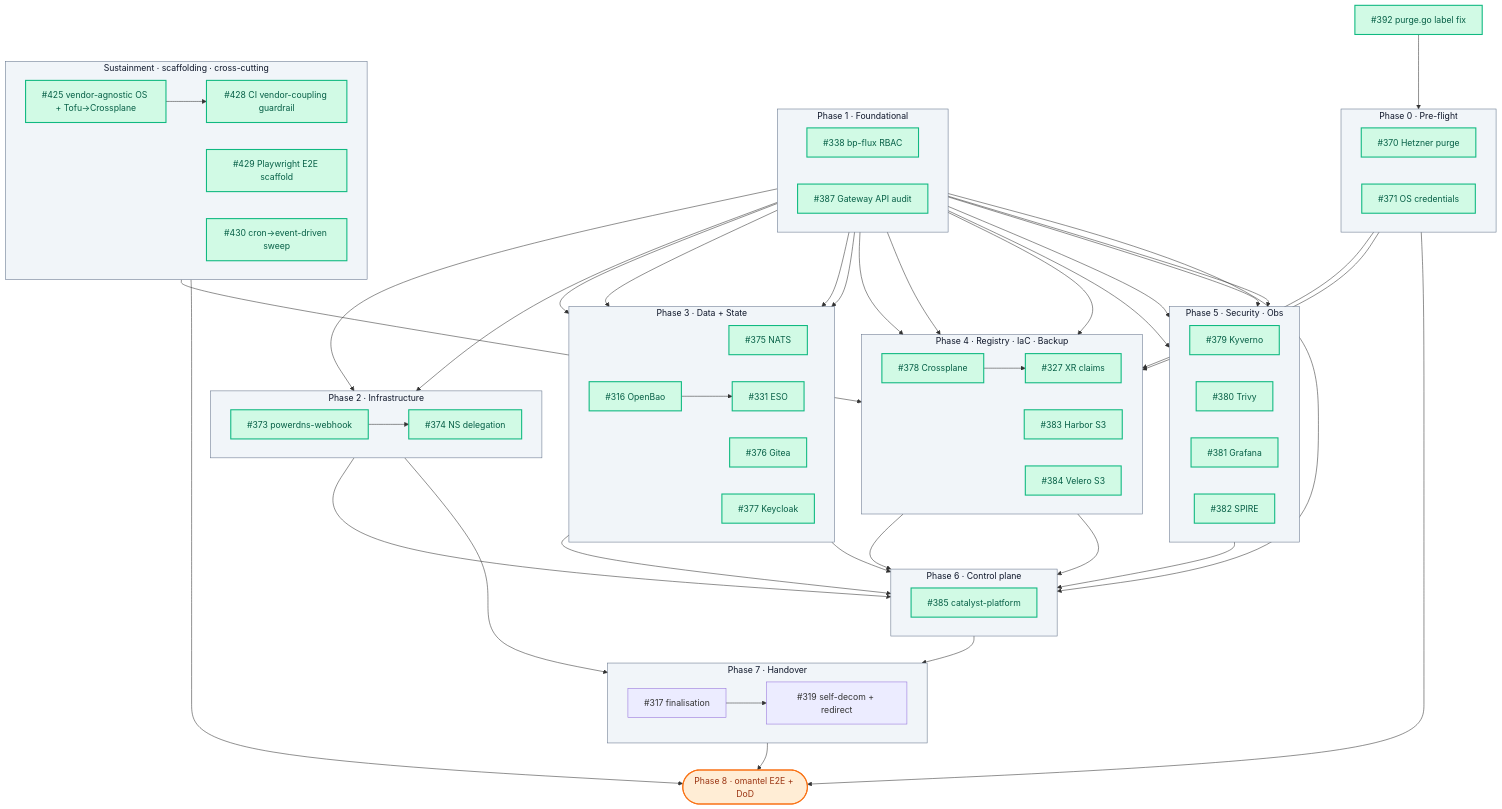
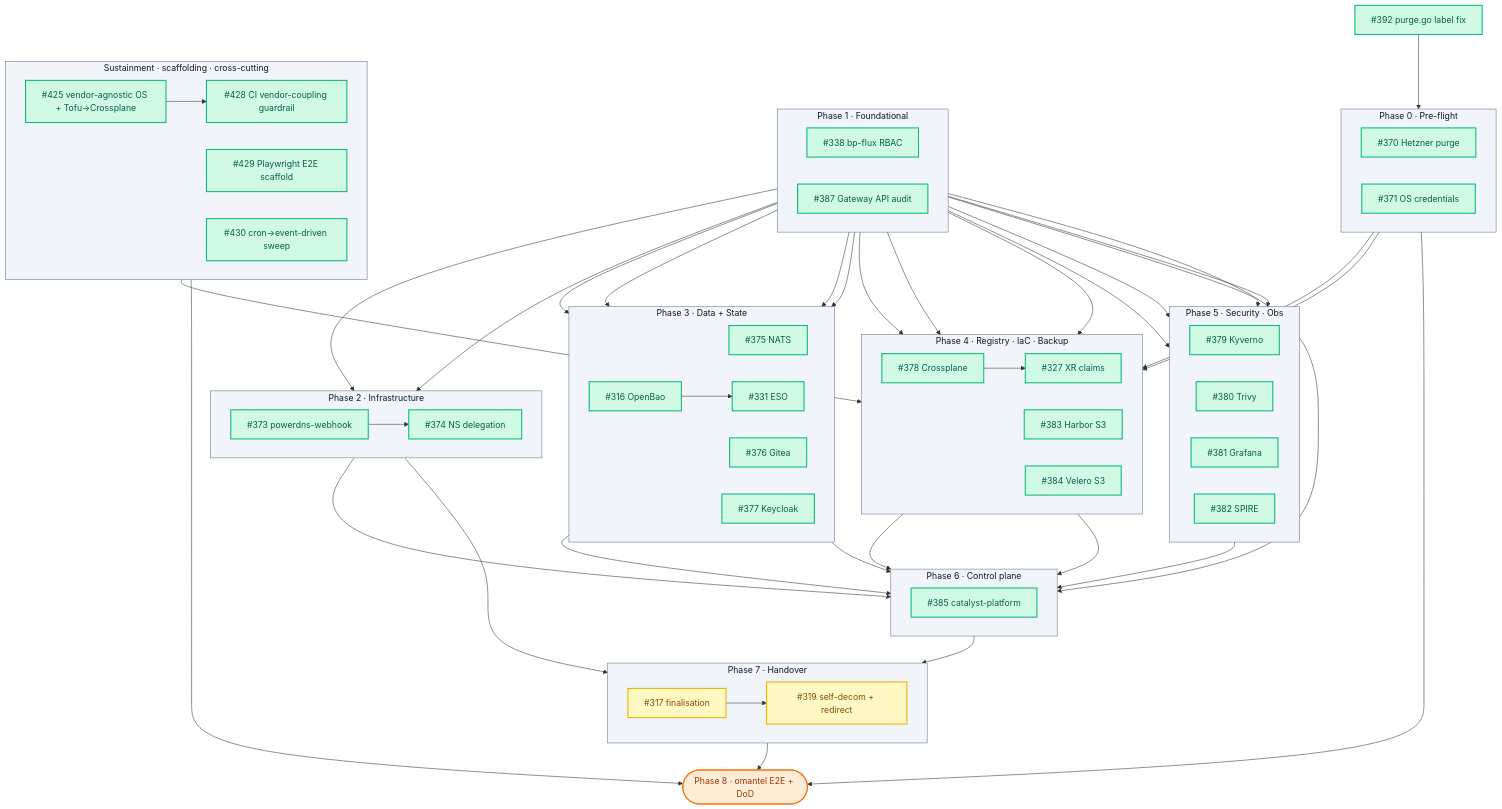
The diagram in docs/omantel-handover-wbs.md (openova-io/openova), drawn with Mermaid before and after one commit. The commit also changed other lines of this file, not shown here.

```diff
--- a/docs/omantel-handover-wbs.md
+++ b/docs/omantel-handover-wbs.md
@@ -205,6 +205,7 @@
 
     class PH0,PH1,PH2,PH3,PH4,PH5,PH6,PH7,SCAF phase
     class T316,T327,T331,T338,T370,T371,T373,T374,T375,T376,T377,T378,T379,T380,T381,T382,T383,T384,T385,T387,T392,T425,T428,T429,T430,T438 done
+    class T317,T319 wip
 
     %% Clickable ticket numbers — open the GitHub issue in a new tab
     click T316 "https://github.com/openova-io/openova/issues/316" "Open #316" _blank
```
